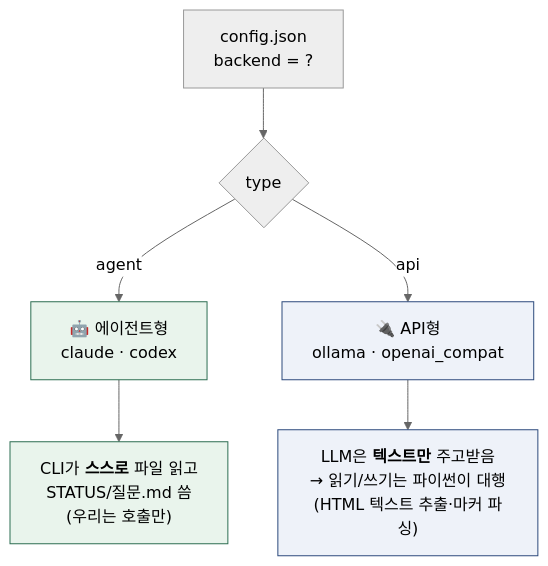
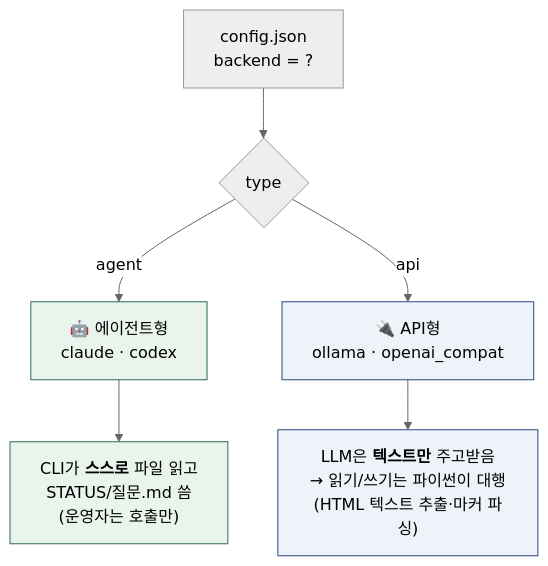
One commit to jaymunsh/quantinue-wiki changed the fourth of 7 diagrams in documents/시스템설명서.md. Above: the diagram before and after it, drawn with Mermaid (neutral theme). The commit also changed 13 other files, not shown here.

````diff
--- a/documents/시스템설명서.md
+++ b/documents/시스템설명서.md
@@ -143,14 +143,14 @@
 ```mermaid
 flowchart TB
   CFG["config.json<br/>backend = ?"] --> T{"type"}
   T -->|agent| AG["🤖 에이전트형<br/>claude · codex"]
   T -->|api| API["🔌 API형<br/>ollama · openai_compat"]
 
-  AG --> AG2["CLI가 <b>스스로</b> 파일 읽고<br/>STATUS/질문.md 씀<br/>(우리는 호출만)"]
+  AG --> AG2["CLI가 <b>스스로</b> 파일 읽고<br/>STATUS/질문.md 씀<br/>(운영자는 호출만)"]
   API --> API2["LLM은 <b>텍스트만</b> 주고받음<br/>→ 읽기/쓰기는 파이썬이 대행<br/>(HTML 텍스트 추출·마커 파싱)"]
 
   classDef a fill:#e9f4ec,stroke:#2C6E52
   classDef b fill:#eef2f9,stroke:#2c4a7c
   class AG,AG2 a
   class API,API2 b
 ```
````
